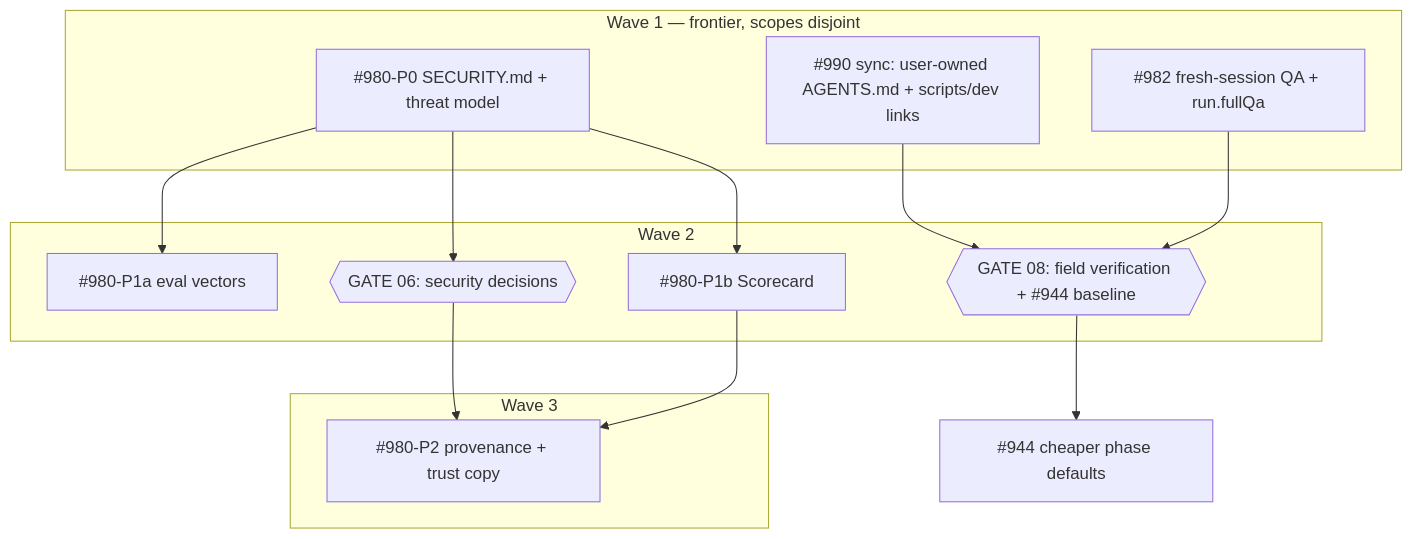
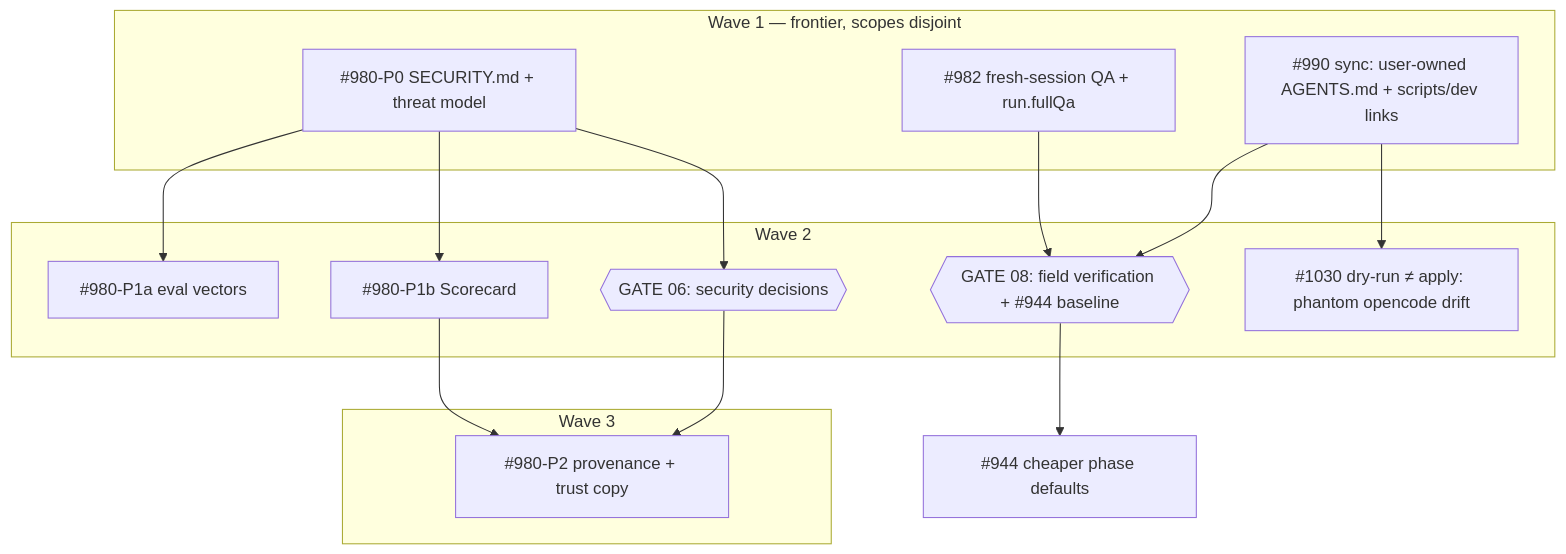
One commit to sequant-io/sequant changed the diagram in docs/internal/graph-2026-09-w2/issue-graph.md. Above: the diagram before and after it, drawn with Mermaid. The commit also changed other lines of this file and 3 other files, not shown here.

First line of the commit message:
docs(graph): wave-2 plan — node 09 (#1030), D14–D17, and the wave-1 execution ledger (#1031)

````diff
--- a/docs/internal/graph-2026-09-w2/issue-graph.md
+++ b/docs/internal/graph-2026-09-w2/issue-graph.md
@@ -26,26 +27,28 @@
 ```mermaid
 flowchart TD
     subgraph W1[Wave 1 — frontier, scopes disjoint]
         N01[#990 sync: user-owned AGENTS.md + scripts/dev links]
         N02[#982 fresh-session QA + run.fullQa]
         N03[#980-P0 SECURITY.md + threat model]
     end
     subgraph W2[Wave 2]
         N04[#980-P1a eval vectors]
         N05[#980-P1b Scorecard]
         N06{{GATE 06: security decisions}}
         N08{{GATE 08: field verification + #944 baseline}}
+        N09[#1030 dry-run ≠ apply: phantom opencode drift]
     end
     subgraph W3[Wave 3]
         N07[#980-P2 provenance + trust copy]
     end
     N944[#944 cheaper phase defaults]
     N03 --> N04
     N03 --> N05
     N03 --> N06
     N06 --> N07
     N05 --> N07
     N01 --> N08
+    N01 --> N09
     N02 --> N08
     N08 --> N944
 ```
````
